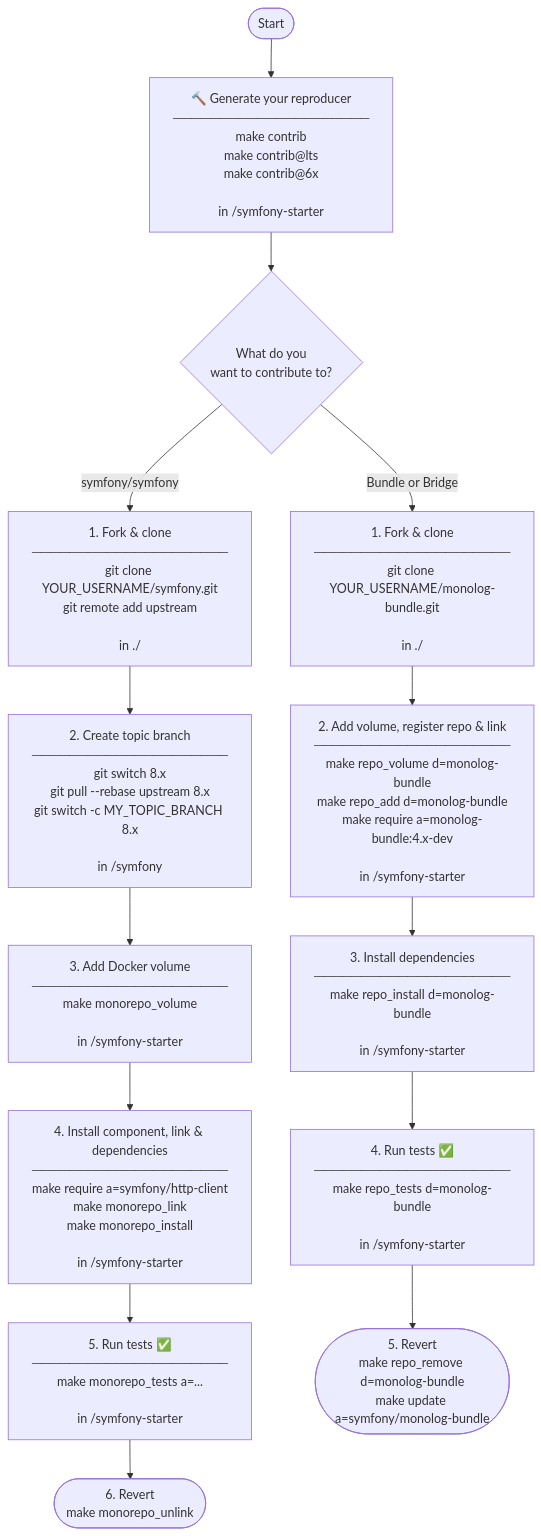
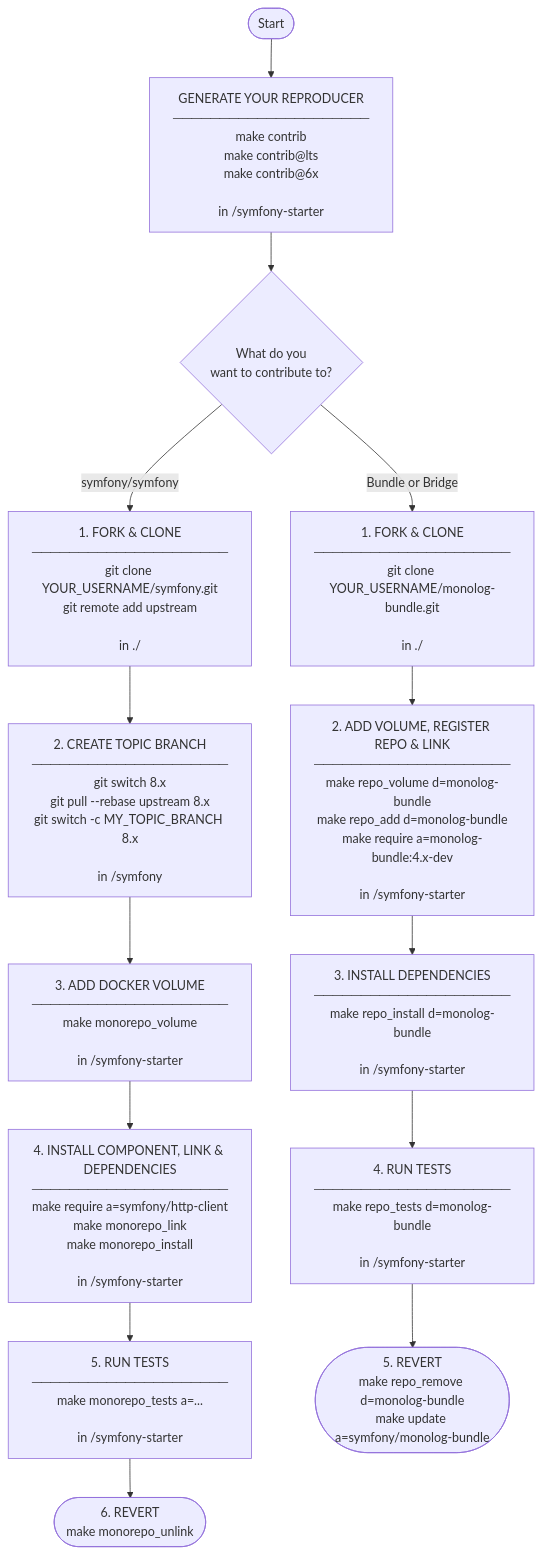
One commit to jprivet-dev/symfony-starter changed the diagram in .starter/docs/contrib.md. Above: the diagram before and after it, drawn with Mermaid.

Commit message:
docs(contrib): mermaid > adjust titles

````diff
--- a/.starter/docs/contrib.md
+++ b/.starter/docs/contrib.md
@@ -202,46 +202,46 @@
 ```mermaid
 flowchart TD
     START([Start]) --> REPRODUCER
 
-    REPRODUCER["🔨 Generate your reproducer\n─────────────────────\nmake contrib\nmake contrib@lts\nmake contrib@6x\n\nin /symfony-starter"]
+    REPRODUCER["GENERATE YOUR REPRODUCER\n─────────────────────\nmake contrib\nmake contrib@lts\nmake contrib@6x\n\nin /symfony-starter"]
 
     REPRODUCER --> CHOICE{What do you\nwant to contribute to?}
 
     CHOICE -->|symfony/symfony| M1
     CHOICE -->|Bundle or Bridge| B1
 
     %% ── MONOREPO WORKFLOW ──────────────────────────────────────
 
-    M1["1. Fork & clone\n─────────────────────\ngit clone YOUR_USERNAME/symfony.git\ngit remote add upstream\n\nin ./"]
+    M1["1. FORK & CLONE\n─────────────────────\ngit clone YOUR_USERNAME/symfony.git\ngit remote add upstream\n\nin ./"]
     M1 --> M2
 
-    M2["2. Create topic branch\n─────────────────────\ngit switch 8.x\ngit pull --rebase upstream 8.x\ngit switch -c MY_TOPIC_BRANCH 8.x\n\nin /symfony"]
+    M2["2. CREATE TOPIC BRANCH\n─────────────────────\ngit switch 8.x\ngit pull --rebase upstream 8.x\ngit switch -c MY_TOPIC_BRANCH 8.x\n\nin /symfony"]
     M2 --> M3
 
-    M3["3. Add Docker volume\n─────────────────────\nmake monorepo_volume\n\nin /symfony-starter"]
+    M3["3. ADD DOCKER VOLUME\n─────────────────────\nmake monorepo_volume\n\nin /symfony-starter"]
     M3 --> M4
 
-    M4["4. Install component, link & dependencies\n─────────────────────\nmake require a=symfony/http-client\nmake monorepo_link\nmake monorepo_install\n\nin /symfony-starter"]
+    M4["4. INSTALL COMPONENT, LINK & DEPENDENCIES\n─────────────────────\nmake require a=symfony/http-client\nmake monorepo_link\nmake monorepo_install\n\nin /symfony-starter"]
     M4 --> M5
 
-    M5["5. Run tests ✅\n─────────────────────\nmake monorepo_tests a=...\n\nin /symfony-starter"]
+    M5["5. RUN TESTS\n─────────────────────\nmake monorepo_tests a=...\n\nin /symfony-starter"]
     M5 --> M6
 
-    M6(["6. Revert\nmake monorepo_unlink"])
+    M6(["6. REVERT\nmake monorepo_unlink"])
 
     %% ── BUNDLE WORKFLOW ────────────────────────────────────────
 
-    B1["1. Fork & clone\n─────────────────────\ngit clone YOUR_USERNAME/monolog-bundle.git\n\nin ./"]
+    B1["1. FORK & CLONE\n─────────────────────\ngit clone YOUR_USERNAME/monolog-bundle.git\n\nin ./"]
     B1 --> B2
 
-    B2["2. Add volume, register repo & link\n─────────────────────\nmake repo_volume d=monolog-bundle\nmake repo_add d=monolog-bundle\nmake require a=monolog-bundle:4.x-dev\n\nin /symfony-starter"]
+    B2["2. ADD VOLUME, REGISTER REPO & LINK\n─────────────────────\nmake repo_volume d=monolog-bundle\nmake repo_add d=monolog-bundle\nmake require a=monolog-bundle:4.x-dev\n\nin /symfony-starter"]
     B2 --> B3
 
-    B3["3. Install dependencies\n─────────────────────\nmake repo_install d=monolog-bundle\n\nin /symfony-starter"]
+    B3["3. INSTALL DEPENDENCIES\n─────────────────────\nmake repo_install d=monolog-bundle\n\nin /symfony-starter"]
     B3 --> B4
 
-    B4["4. Run tests ✅\n─────────────────────\nmake repo_tests d=monolog-bundle\n\nin /symfony-starter"]
+    B4["4. RUN TESTS\n─────────────────────\nmake repo_tests d=monolog-bundle\n\nin /symfony-starter"]
     B4 --> B5
 
-    B5(["5. Revert\nmake repo_remove d=monolog-bundle\nmake update a=symfony/monolog-bundle"])
+    B5(["5. REVERT\nmake repo_remove d=monolog-bundle\nmake update a=symfony/monolog-bundle"])
 ```
````
